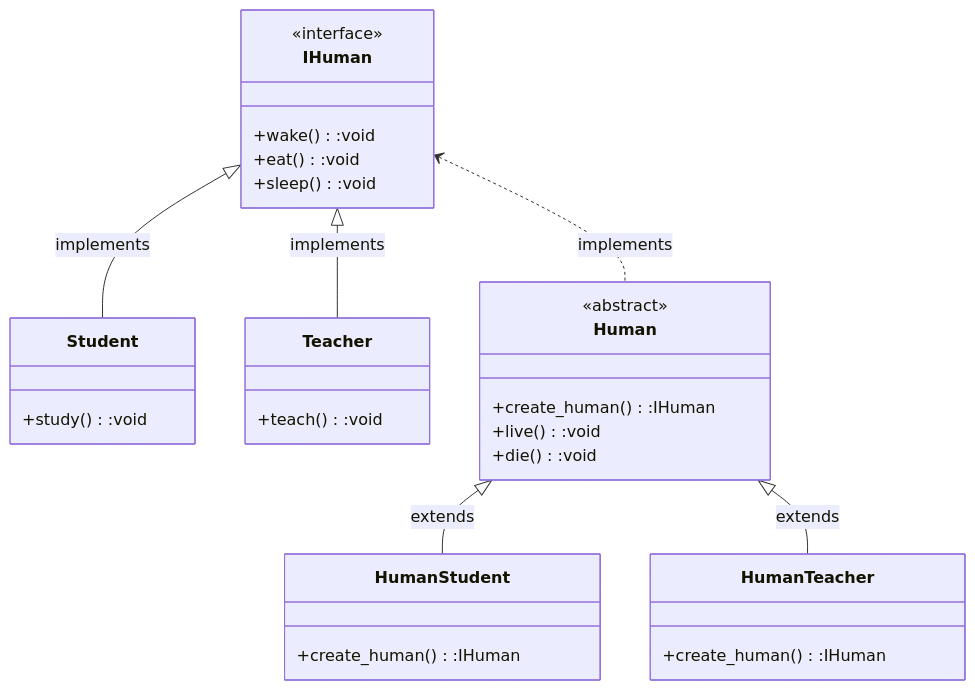
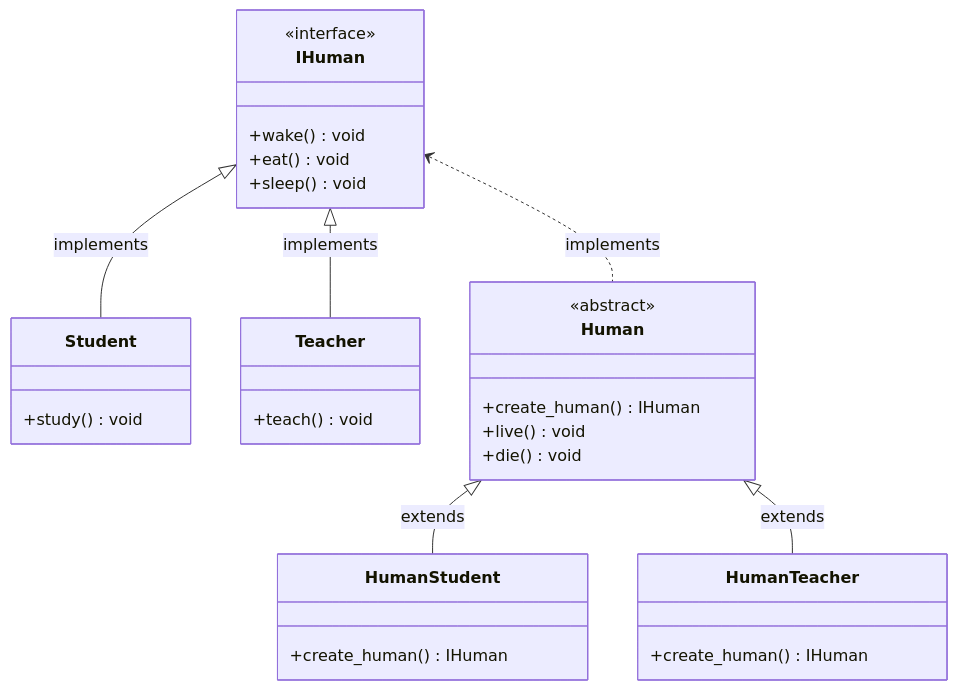
The first of 3 diagrams in Design-Patterns-v0/README.md (TaiChi112/TYPESCRIPT), drawn with Mermaid before and after one commit. The commit also changed other lines of this file, not shown here.

Commit message:
fix: correct method syntax in Mermaid diagrams in README.md

````diff
--- a/Design-Patterns-v0/README.md
+++ b/Design-Patterns-v0/README.md
@@ -3,32 +3,32 @@
 ```mermaid
 classDiagram
     class  IHuman{
         <<interface>>
-        +wake():void
-        +eat():void
-        +sleep():void
+        +wake() void
+        +eat() void
+        +sleep() void
     }
     class  Student{
-        +study():void
+        +study() void
     }
     class  Teacher{
-        +teach():void
+        +teach() void
     }
     class Human{
         <<abstract>>
-        +create_human():IHuman
-        +live():void
-        +die():void
+        +create_human()IHuman
+        +live() void
+        +die() void
     }
     class HumanStudent{
-        +create_human():IHuman
+        +create_human()IHuman
     }
     class HumanTeacher{
-        +create_human():IHuman
+        +create_human()IHuman
     }
     IHuman <|-- Student:implements
     IHuman <|-- Teacher:implements
     Human <|-- HumanStudent:extends
     Human <|-- HumanTeacher:extends
     IHuman <.. Human:implements
 ```
````
